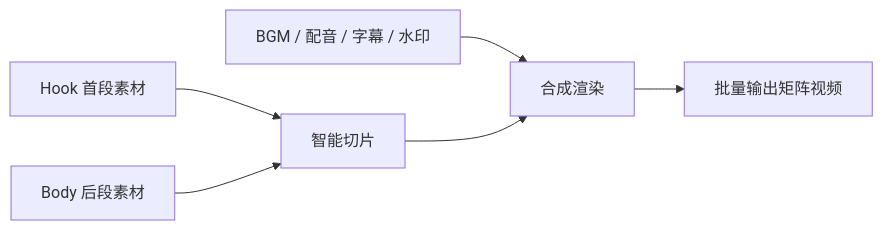
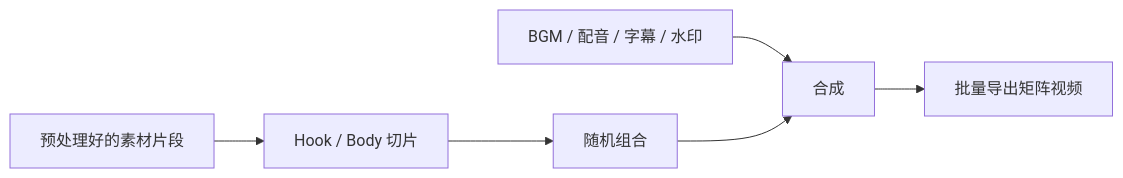
The diagram in README.md (w2968066/VideoMatrix--), drawn with Mermaid before and after one commit. The commit also changed other lines of this file and 2 other files, not shown here.

````diff
--- a/README.md
+++ b/README.md
@@ -29,8 +41,8 @@
 ```mermaid
 flowchart LR
-  A["Hook 首段素材"] --> D["智能切片"]
-  B["Body 后段素材"] --> D
-  C["BGM / 配音 / 字幕 / 水印"] --> E["合成渲染"]
-  D --> E
-  E --> F["批量输出矩阵视频"]
+  A["预处理好的素材片段"] --> B["Hook / Body 切片"]
+  B --> C["随机组合"]
+  D["BGM / 配音 / 字幕 / 水印"] --> E["合成"]
+  C --> E
+  E --> F["批量导出矩阵视频"]
 ```
````
